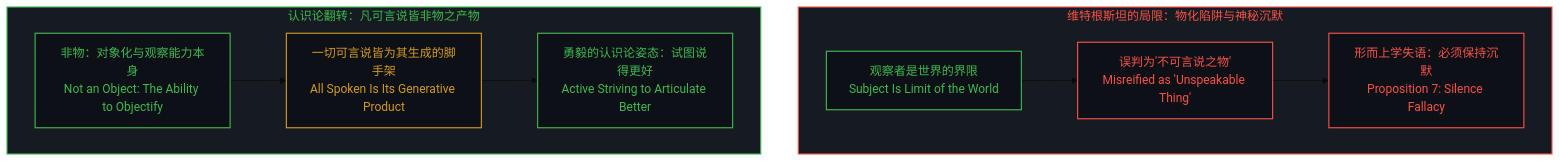
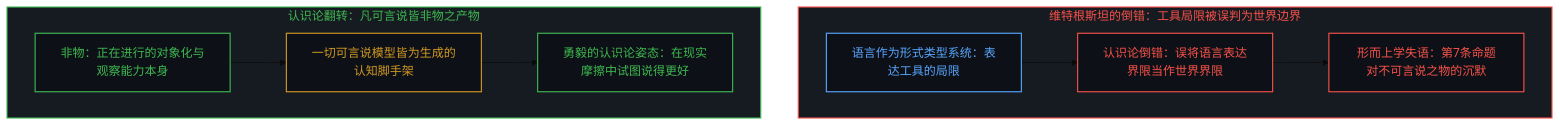
The seventh of 10 diagrams in content/posts/all-that-can-be-spoken-is-the-product-of-the-unspeakable.md (powerpig99/not-a-toe), drawn with Mermaid (base theme) before and after one commit. The commit also changed other lines of this file and 8 other files, not shown here.

````diff
--- a/content/posts/all-that-can-be-spoken-is-the-product-of-the-unspeakable.md
+++ b/content/posts/all-that-can-be-spoken-is-the-product-of-the-unspeakable.md
@@ -199,25 +221,25 @@
 ```mermaid
 graph TD
     classDef default fill:#0d1117,stroke:#30363d,stroke-width:1px,color:#f0f6fc;
     classDef mind fill:#0d1117,stroke:#3fb950,stroke-width:1.5px,color:#3fb950;
     classDef failure fill:#0d1117,stroke:#f85149,stroke-width:1.5px,color:#f85149;
     classDef scaffold fill:#0d1117,stroke:#d29922,stroke-width:1.5px,color:#d29922;
     classDef model fill:#0d1117,stroke:#58a6ff,stroke-width:1.5px,color:#58a6ff;
 
-    subgraph S_Wittgenstein ["维特根斯坦的局限：物化陷阱与神秘沉默"]
-        W1["观察者是世界的界限<br/>Subject Is Limit of the World"]:::mind
-        W2["误判为'不可言说之物'<br/>Misreified as 'Unspeakable Thing'"]:::failure
-        W3["形而上学失语：必须保持沉默<br/>Proposition 7: Silence Fallacy"]:::failure
+    subgraph S_Wittgenstein ["维特根斯坦的倒错：工具局限被误判为世界边界"]
+        W1["语言作为形式类型系统：表达工具的局限"]:::model
+        W2["认识论倒错：误将语言表达界限当作世界界限"]:::failure
+        W3["形而上学失语：第7条命题对不可言说之物的沉默"]:::failure
         W1 --> W2 --> W3
     end
 
     subgraph S_Reconstruction ["认识论翻转：凡可言说皆非物之产物"]
-        R1["非物：对象化与观察能力本身<br/>Not an Object: The Ability to Objectify"]:::mind
-        R2["一切可言说皆为其生成的脚手架<br/>All Spoken Is Its Generative Product"]:::scaffold
-        R3["勇毅的认识论姿态：试图说得更好<br/>Active Striving to Articulate Better"]:::mind
+        R1["非物：正在进行的对象化与观察能力本身"]:::mind
+        R2["一切可言说模型皆为生成的认知脚手架"]:::scaffold
+        R3["勇毅的认识论姿态：在现实摩擦中试图说得更好"]:::mind
         R1 --> R2 --> R3
     end
 
     style S_Wittgenstein fill:#161b22,stroke:#f85149,stroke-width:1.5px,color:#f85149
     style S_Reconstruction fill:#161b22,stroke:#3fb950,stroke-width:1.5px,color:#3fb950
 ```
````
